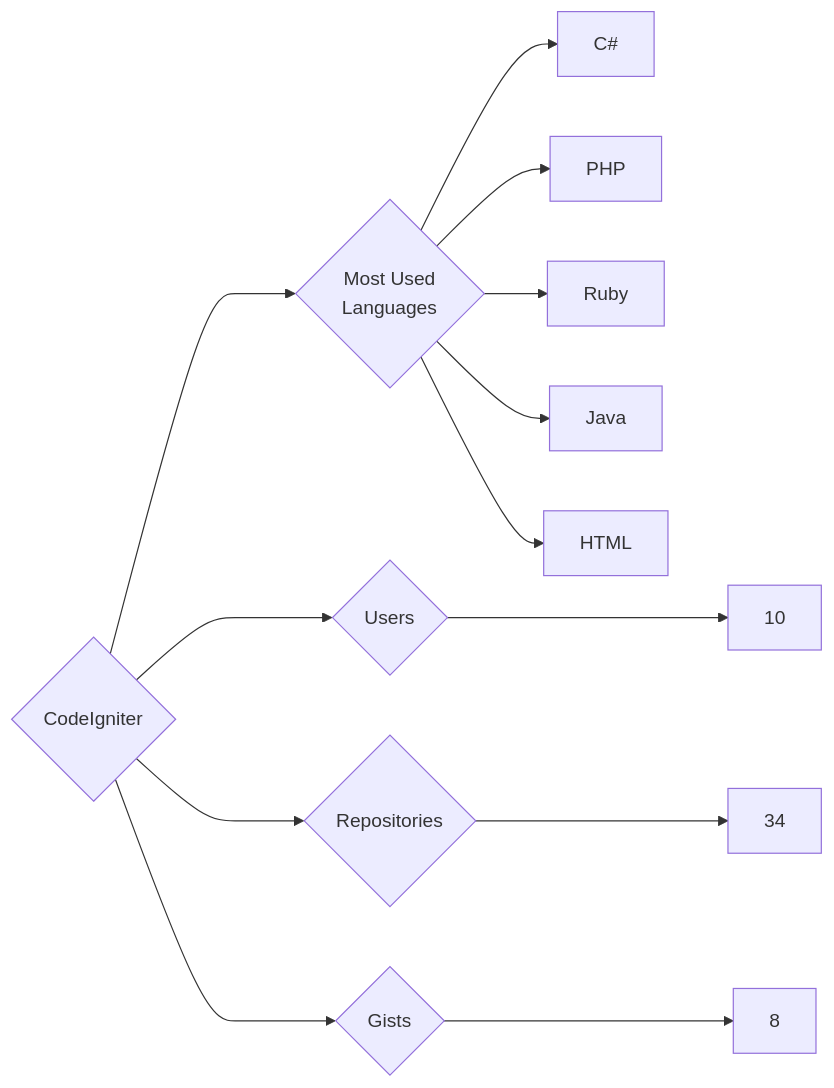
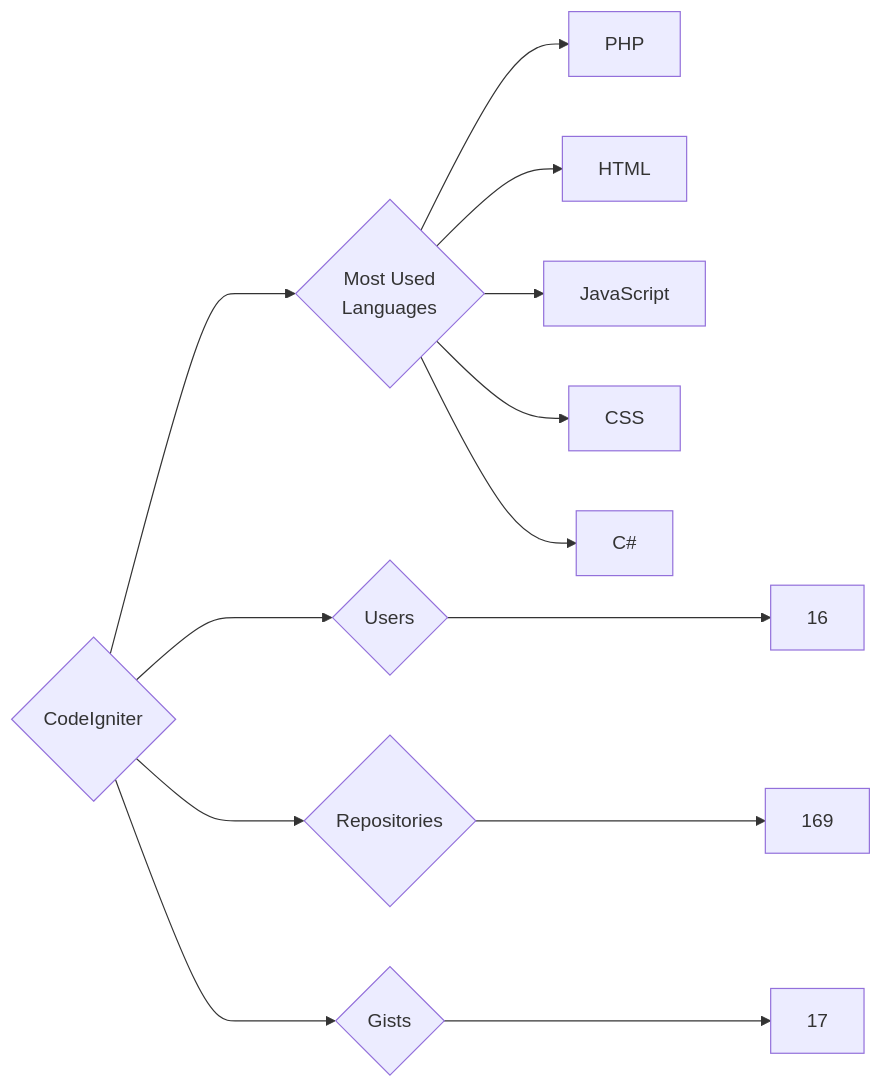
The diagram in targets/CodeIgniter/README.md (trickest/insiders), drawn with Mermaid before and after one commit. The commit also changed 1167 other files, not shown here.

````diff
--- a/targets/CodeIgniter/README.md
+++ b/targets/CodeIgniter/README.md
@@ -3,13 +3,13 @@
 ```mermaid
 graph LR
 COMPANY_NAME{CodeIgniter}
-COMPANY_NAME ---> U{Users} ---> UN[10]
-COMPANY_NAME ---> R{Repositories} ---> RN[34]
-COMPANY_NAME ---> G{Gists} ---> GN[8]
+COMPANY_NAME ---> U{Users} ---> UN[16]
+COMPANY_NAME ---> R{Repositories} ---> RN[169]
+COMPANY_NAME ---> G{Gists} ---> GN[17]
 COMPANY_NAME ---> ML{Most Used<br>Languages}
+ML --> PHP[PHP]
+ML --> HTML[HTML]
+ML --> JavaScript[JavaScript]
+ML --> CSS[CSS]
 ML --> C#[C#]
-ML --> PHP[PHP]
-ML --> Ruby[Ruby]
-ML --> Java[Java]
-ML --> HTML[HTML]
 ```
````
